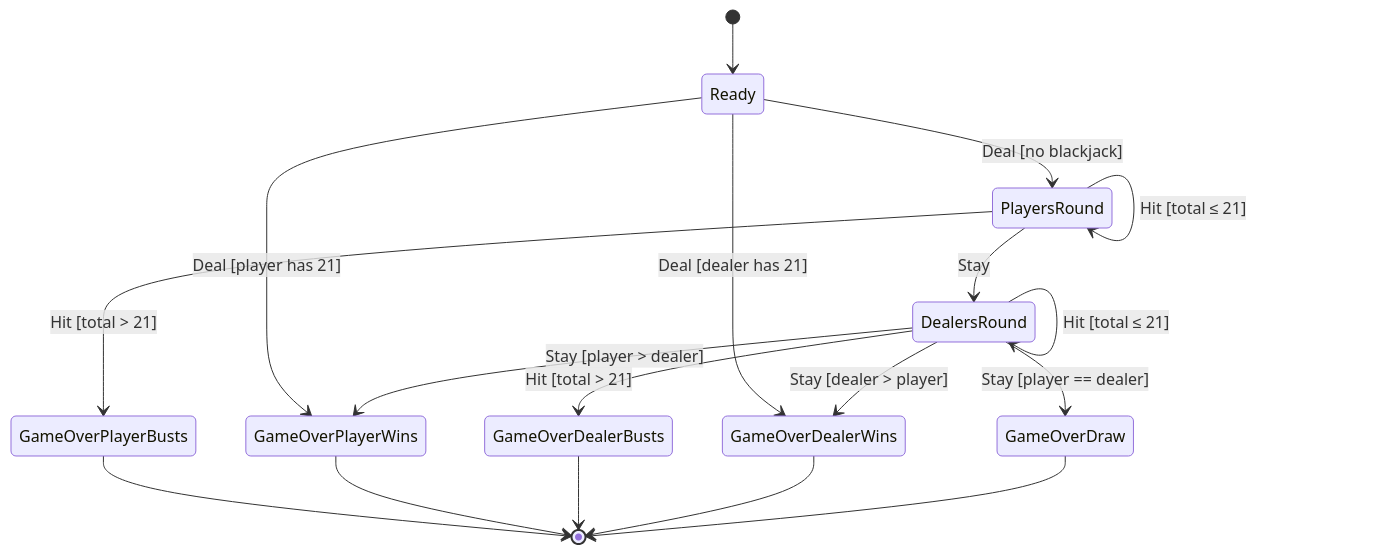
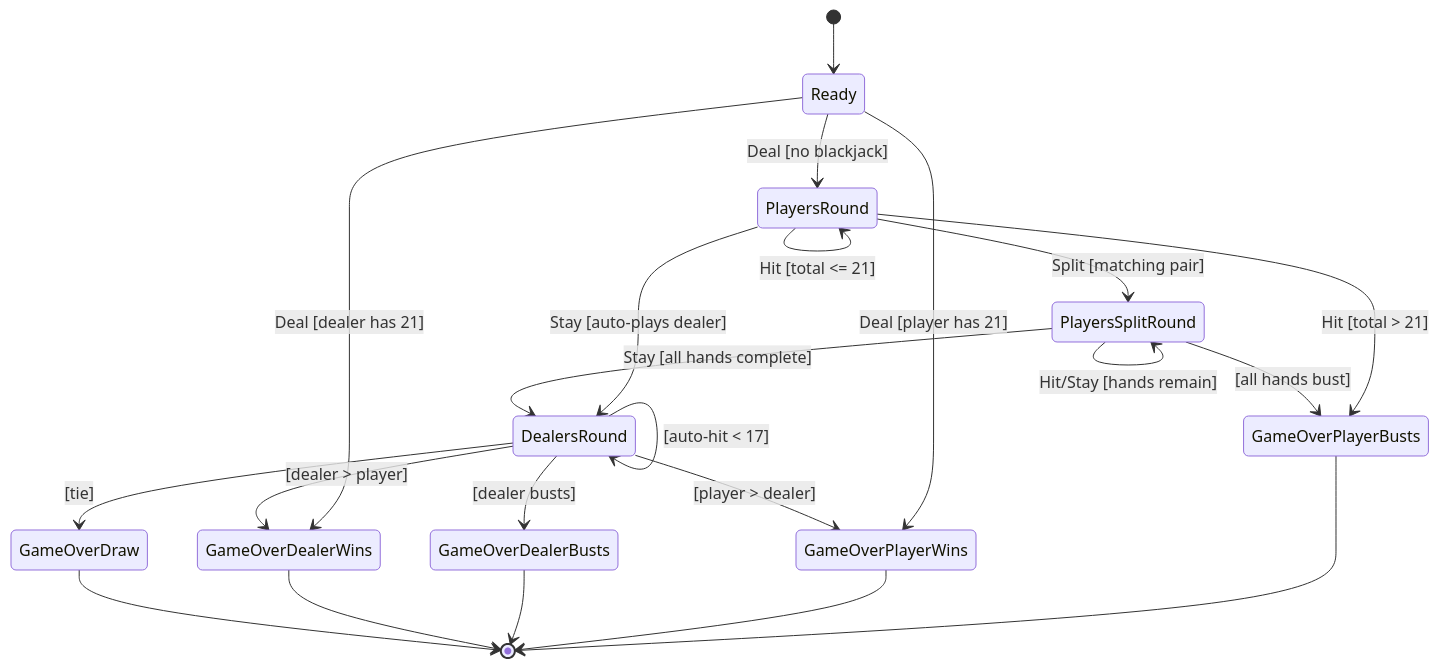
Before and after one commit to j-brent/vingt-et-un: the diagram in docs/design/game-logic.md, drawn with Mermaid. The commit also changed other lines of this file and 7 other files, not shown here.

First line of the commit message:
feat: Implement soft ace, dealer auto-play, and split functionality

````diff
--- a/docs/design/game-logic.md
+++ b/docs/design/game-logic.md
@@ -9,24 +9,29 @@
 ```mermaid
 stateDiagram-v2
     [*] --> Ready
-    
+
     Ready --> PlayersRound : Deal [no blackjack]
     Ready --> GameOverPlayerWins : Deal [player has 21]
     Ready --> GameOverDealerWins : Deal [dealer has 21]
-    
-    PlayersRound --> PlayersRound : Hit [total ≤ 21]
+
+    PlayersRound --> PlayersRound : Hit [total <= 21]
     PlayersRound --> GameOverPlayerBusts : Hit [total > 21]
-    PlayersRound --> DealersRound : Stay
-    
-    DealersRound --> DealersRound : Hit [total ≤ 21]
-    DealersRound --> GameOverDealerBusts : Hit [total > 21]
-    DealersRound --> GameOverPlayerWins : Stay [player > dealer]
-    DealersRound --> GameOverDealerWins : Stay [dealer > player]
-    DealersRound --> GameOverDraw : Stay [player == dealer]
-    
+    PlayersRound --> PlayersSplitRound : Split [matching pair]
+    PlayersRound --> DealersRound : Stay [auto-plays dealer]
+
+    PlayersSplitRound --> PlayersSplitRound : Hit/Stay [hands remain]
+    PlayersSplitRound --> DealersRound : Stay [all hands complete]
+    PlayersSplitRound --> GameOverPlayerBusts : [all hands bust]
+
+    DealersRound --> DealersRound : [auto-hit < 17]
+    DealersRound --> GameOverDealerBusts : [dealer busts]
+    DealersRound --> GameOverPlayerWins : [player > dealer]
+    DealersRound --> GameOverDealerWins : [dealer > player]
+    DealersRound --> GameOverDraw : [tie]
+
     GameOverPlayerBusts --> [*]
     GameOverPlayerWins --> [*]
     GameOverDealerBusts --> [*]
     GameOverDealerWins --> [*]
     GameOverDraw --> [*]
 ```
````
